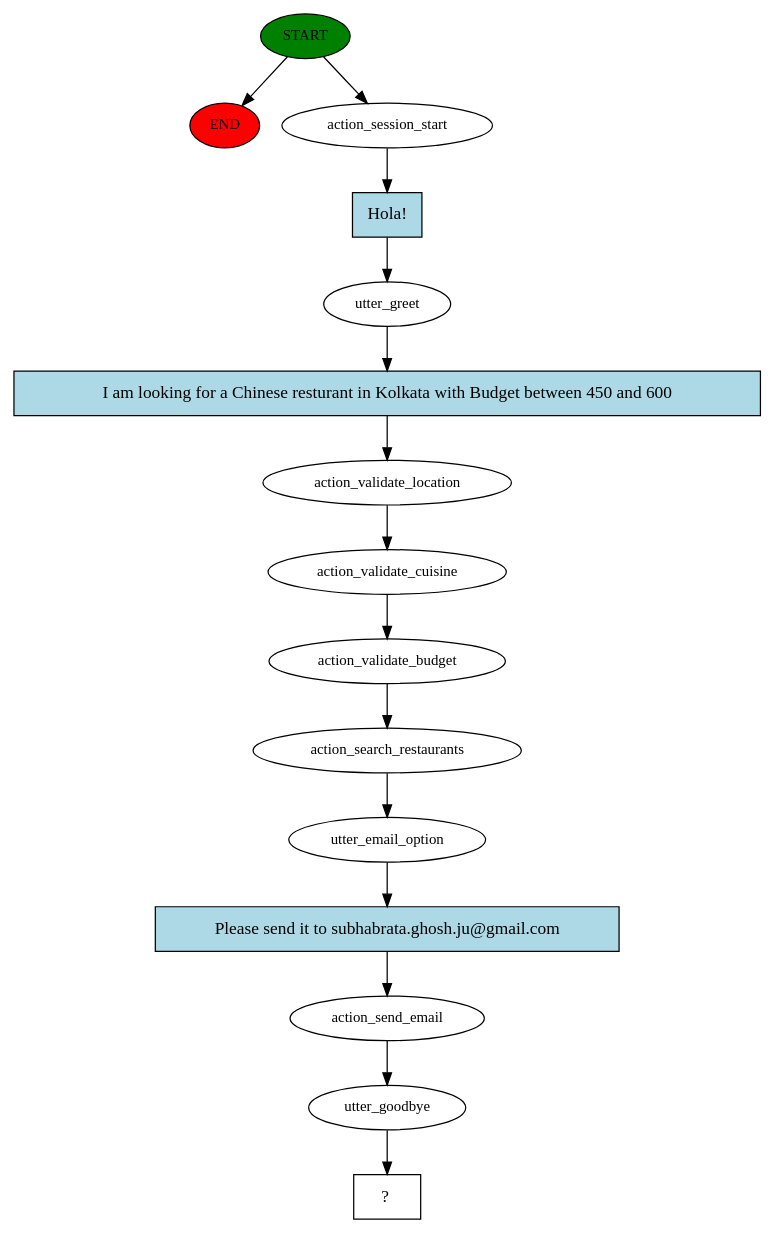
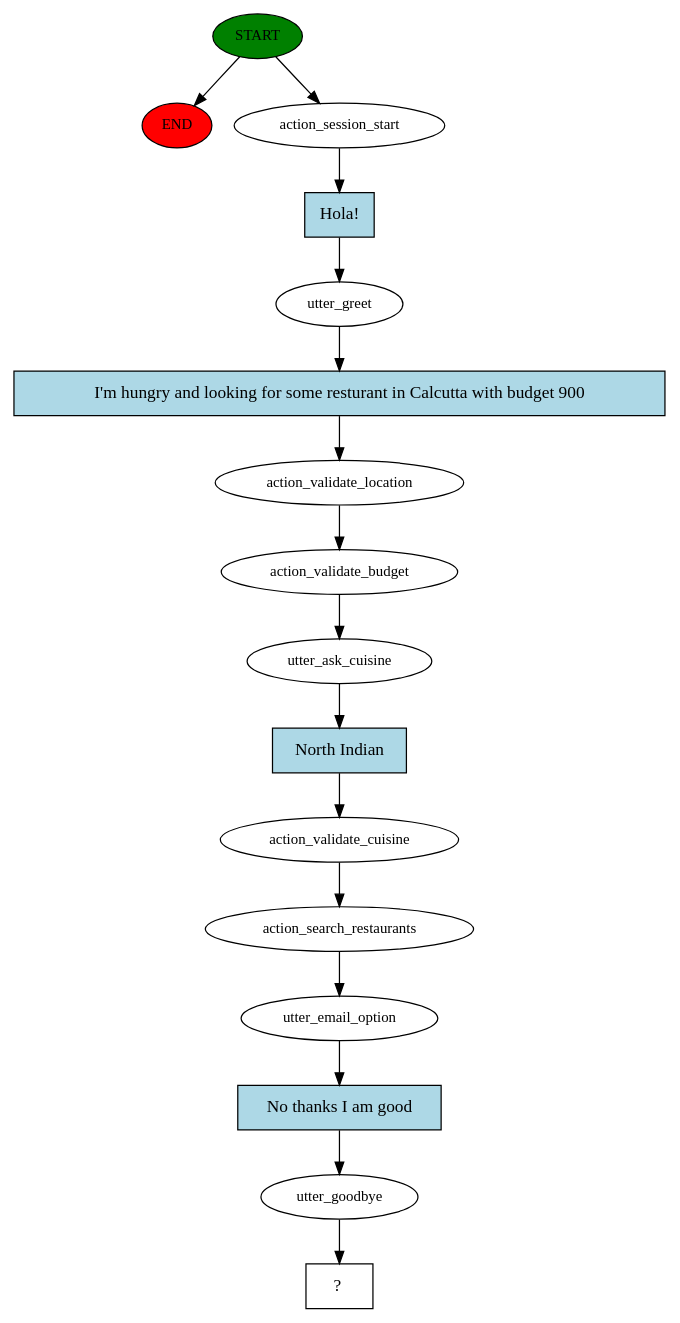
One commit to subhabrata-ghosh-1988/resturant-recommendation-chatbot changed the diagram in story_graph.dot. Above: the diagram before and after it, drawn with Graphviz. The commit also changed 11 other files, not shown here.

```diff
--- a/story_graph.dot
+++ b/story_graph.dot
@@ -1,31 +1,33 @@
 digraph  {
 0 [class="start active", fillcolor=green, fontsize=12, label=START, style=filled];
 "-1" [class=end, fillcolor=red, fontsize=12, label=END, style=filled];
 1 [class=active, fontsize=12, label=action_session_start];
 2 [class=active, fontsize=12, label=utter_greet];
 3 [class=active, fontsize=12, label=action_validate_location];
-4 [class=active, fontsize=12, label=action_validate_cuisine];
-5 [class=active, fontsize=12, label=action_validate_budget];
-6 [class=active, fontsize=12, label=action_search_restaurants];
-7 [class=active, fontsize=12, label=utter_email_option];
-8 [class=active, fontsize=12, label=action_send_email];
+4 [class=active, fontsize=12, label=action_validate_budget];
+5 [class=active, fontsize=12, label=utter_ask_cuisine];
+6 [class=active, fontsize=12, label=action_validate_cuisine];
+7 [class=active, fontsize=12, label=action_search_restaurants];
+8 [class=active, fontsize=12, label=utter_email_option];
 9 [class=active, fontsize=12, label=utter_goodbye];
 10 [class="intent dashed active", label="  ?  ", shape=rect];
 11 [class="intent active", fillcolor=lightblue, label="Hola!", shape=rect, style=filled];
-12 [class="intent active", fillcolor=lightblue, label="I am looking for a Chinese resturant in Kolkata with Budget between 450 and 600", shape=rect, style=filled];
-13 [class="intent active", fillcolor=lightblue, label="Please send it to subhabrata.ghosh.ju@gmail.com", shape=rect, style=filled];
+12 [class="intent active", fillcolor=lightblue, label="I'm hungry and looking for some resturant in Calcutta with budget 900", shape=rect, style=filled];
+13 [class="intent active", fillcolor=lightblue, label="North Indian", shape=rect, style=filled];
+14 [class="intent active", fillcolor=lightblue, label="No thanks I am good", shape=rect, style=filled];
 0 -> "-1"  [class="", key=NONE, label=""];
 0 -> 1  [class=active, key=NONE, label=""];
 1 -> 11  [class=active, key=0];
 2 -> 12  [class=active, key=0];
 3 -> 4  [class=active, key=NONE, label=""];
 4 -> 5  [class=active, key=NONE, label=""];
-5 -> 6  [class=active, key=NONE, label=""];
+5 -> 13  [class=active, key=0];
 6 -> 7  [class=active, key=NONE, label=""];
-7 -> 13  [class=active, key=0];
-8 -> 9  [class=active, key=NONE, label=""];
+7 -> 8  [class=active, key=NONE, label=""];
+8 -> 14  [class=active, key=0];
 9 -> 10  [class=active, key=NONE, label=""];
 11 -> 2  [class=active, key=0];
 12 -> 3  [class=active, key=0];
-13 -> 8  [class=active, key=0];
+13 -> 6  [class=active, key=0];
+14 -> 9  [class=active, key=0];
 }
```
